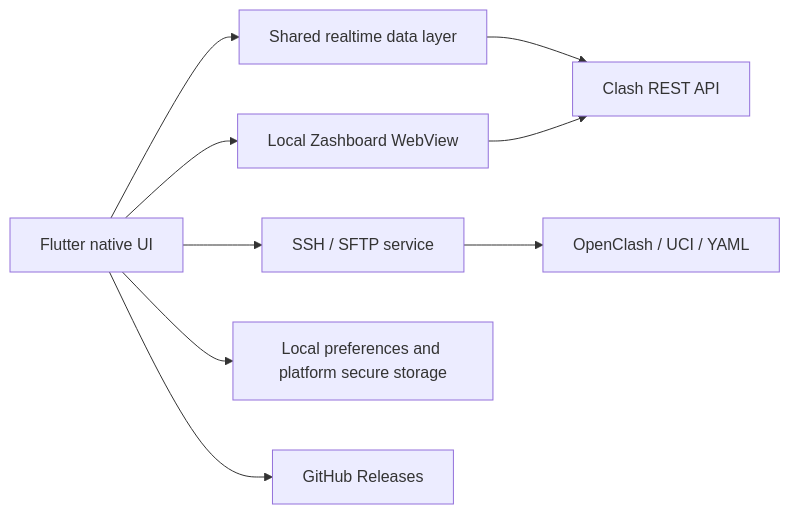
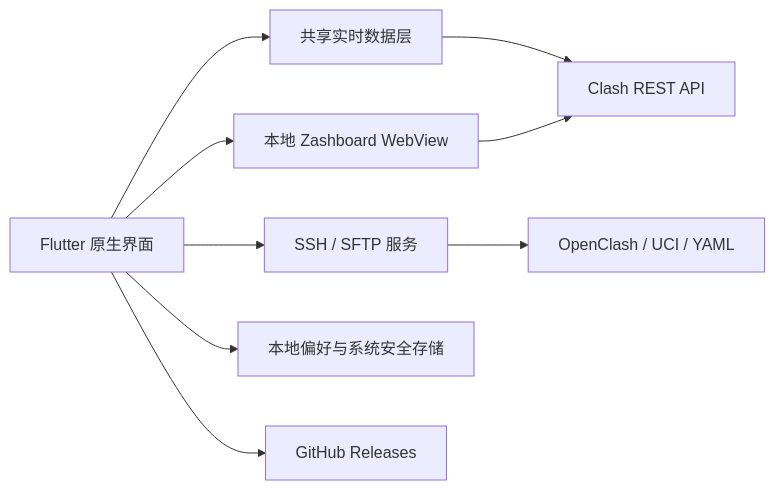
The diagram in README.md (CanMoqiu/Proxly), drawn with Mermaid before and after one commit. The commit also changed other lines of this file and 7 other files, not shown here.

````diff
--- a/README.md
+++ b/README.md
@@ -39,11 +39,11 @@
 ```mermaid
 flowchart LR
-    UI[Flutter native UI] --> Hub[Shared realtime data layer]
+    UI[Flutter 原生界面] --> Hub[共享实时数据层]
     Hub --> API[Clash REST API]
-    UI --> Web[Local Zashboard WebView]
+    UI --> Web[本地 Zashboard WebView]
     Web --> API
-    UI --> SSH[SSH / SFTP service]
+    UI --> SSH[SSH / SFTP 服务]
     SSH --> OC[OpenClash / UCI / YAML]
-    UI --> Store[Local preferences and platform secure storage]
+    UI --> Store[本地偏好与系统安全存储]
     UI --> Release[GitHub Releases]
 ```
````
